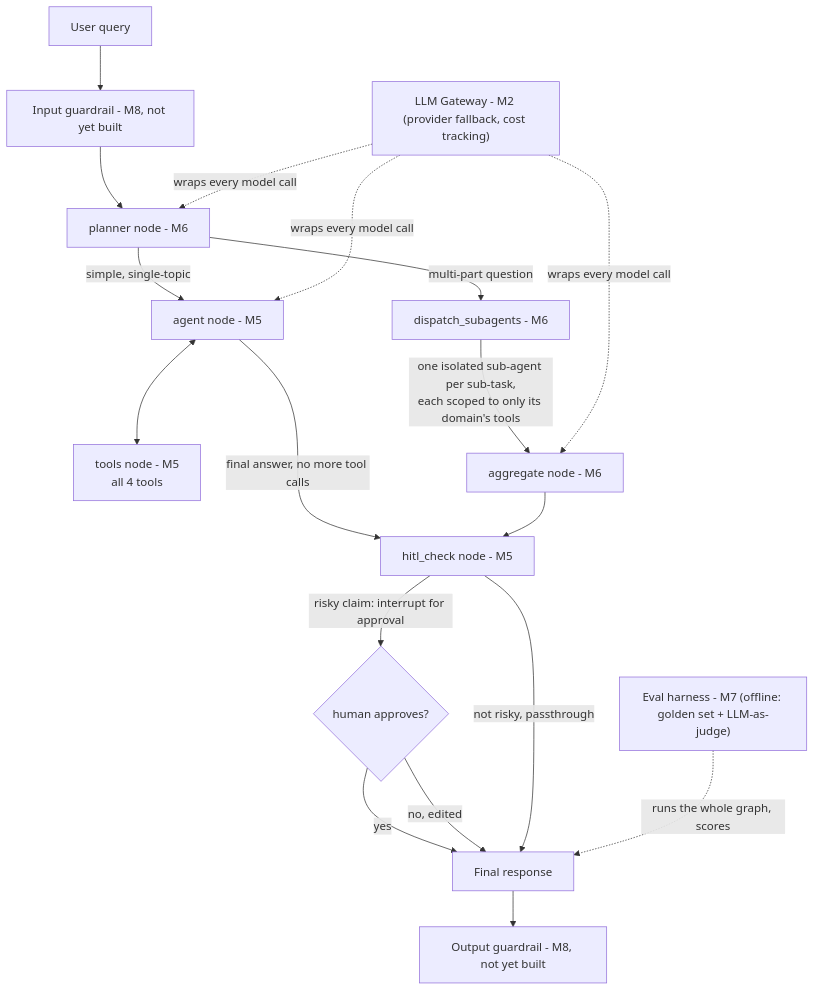
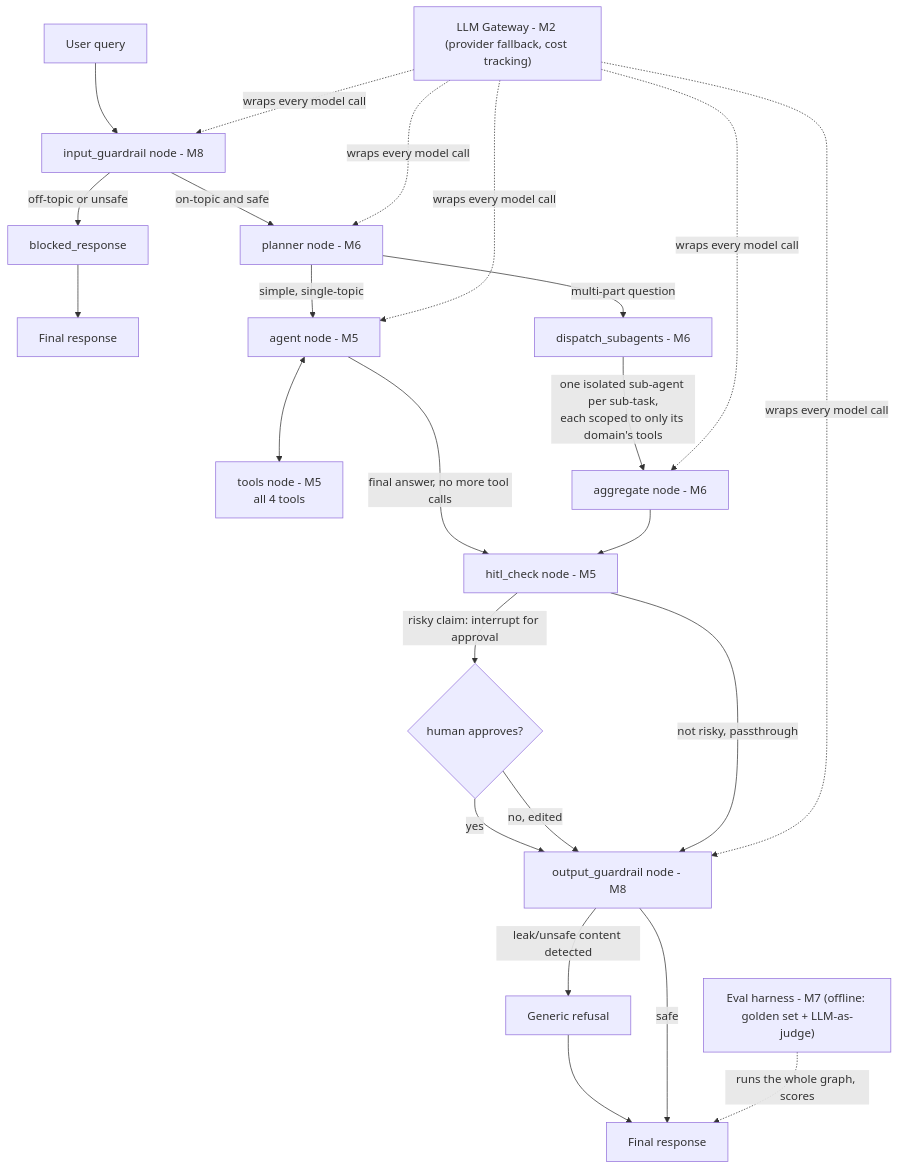
One commit to Bhogeshwarj/fastapi-support-agent- changed the diagram in ARCHITECTURE.md. Above: the diagram before and after it, drawn with Mermaid. The commit also changed other lines of this file, not shown here.

Commit message:
Update architecture diagram: both guardrails now built, gap from M1 diagram fully closed

````diff
--- a/ARCHITECTURE.md
+++ b/ARCHITECTURE.md
@@ -7,29 +7,33 @@
 ```mermaid
 flowchart TD
-    U[User query] --> IG[Input guardrail - M8, not yet built]
-    IG --> PL[planner node - M6]
+    U[User query] --> IG[input_guardrail node - M8]
+    IG -->|off-topic or unsafe| BR[blocked_response] --> RESP2[Final response]
+    IG -->|on-topic and safe| PL[planner node - M6]
 
     PL -->|simple, single-topic| AG[agent node - M5]
     PL -->|multi-part question| DS[dispatch_subagents - M6]
 
     AG <--> TN[tools node - M5\nall 4 tools]
     AG -->|final answer, no more tool calls| HITL
 
     DS -->|one isolated sub-agent per sub-task,\neach scoped to only its domain's tools| AGGR[aggregate node - M6]
     AGGR --> HITL[hitl_check node - M5]
 
     HITL -->|risky claim: interrupt for approval| APPR{human approves?}
-    APPR -->|yes| RESP[Final response]
-    APPR -->|no, edited| RESP
-    HITL -->|not risky, passthrough| RESP
+    APPR -->|yes| OG
+    APPR -->|no, edited| OG
+    HITL -->|not risky, passthrough| OG[output_guardrail node - M8]
 
-    RESP --> OG[Output guardrail - M8, not yet built]
+    OG -->|leak/unsafe content detected| BLOCKED[Generic refusal] --> RESP[Final response]
+    OG -->|safe| RESP
 
     GW["LLM Gateway - M2 (provider fallback, cost tracking)"]
     GW -. wraps every model call .-> PL
     GW -. wraps every model call .-> AG
     GW -. wraps every model call .-> AGGR
+    GW -. wraps every model call .-> IG
+    GW -. wraps every model call .-> OG
 
     EVAL["Eval harness - M7 (offline: golden set + LLM-as-judge)"]
     EVAL -. runs the whole graph, scores .-> RESP
 ```
````
